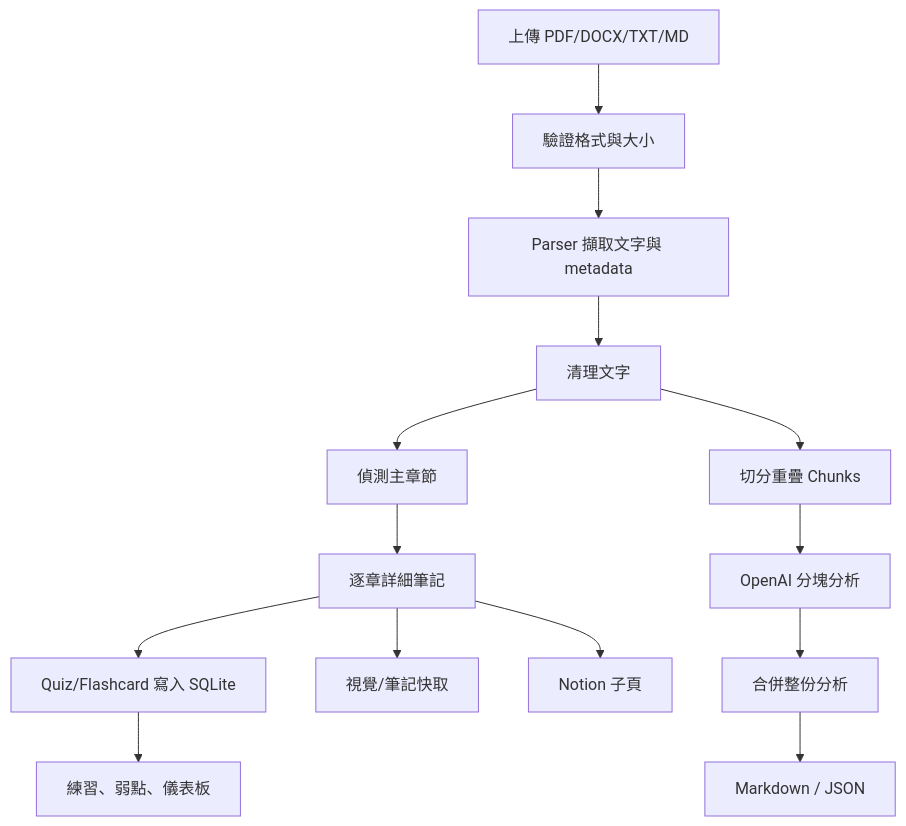
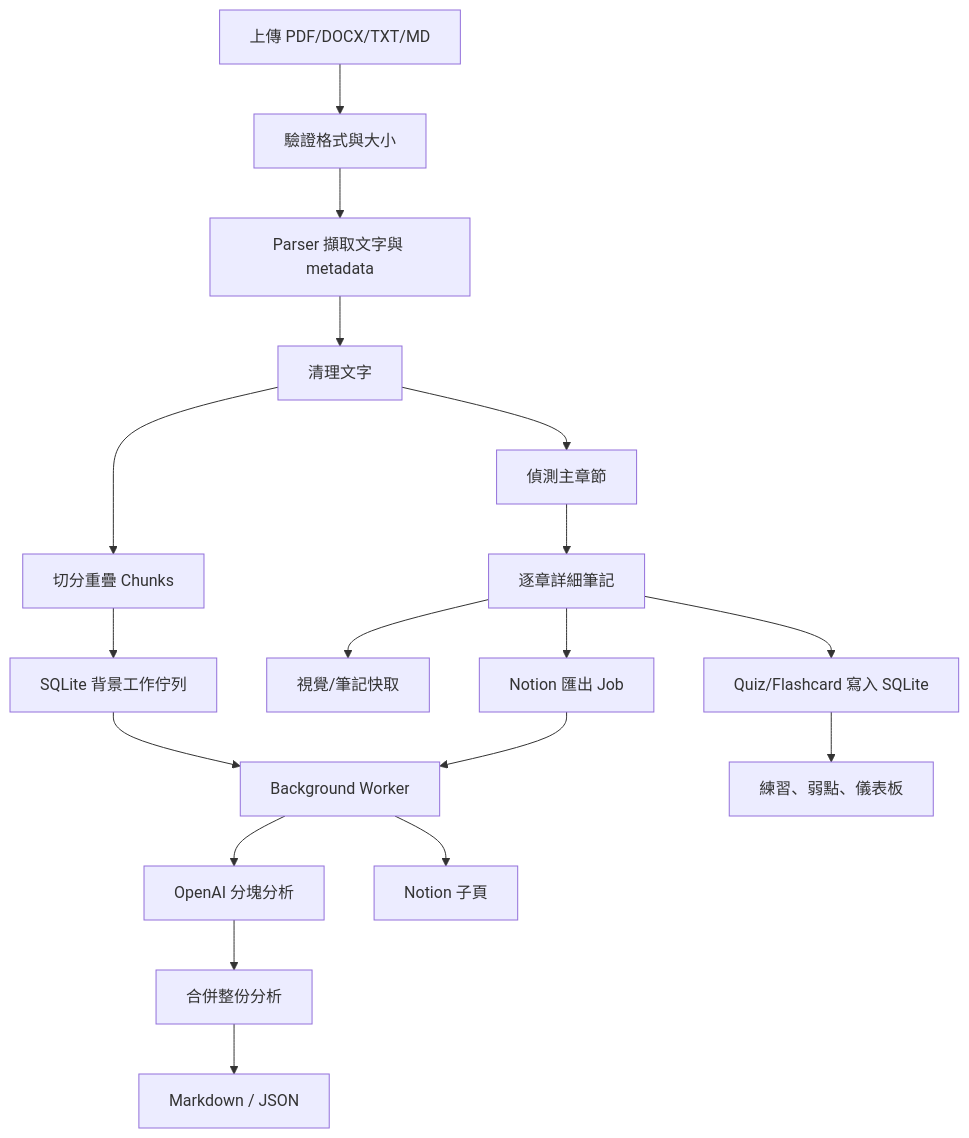
One commit to Allen1208tw/AI-notion-note-organizer changed the diagram in docs/06_data_flow.md. Above: the diagram before and after it, drawn with Mermaid. The commit also changed 35 other files, not shown here.

````diff
--- a/docs/06_data_flow.md
+++ b/docs/06_data_flow.md
@@ -5,16 +5,20 @@
 ```mermaid
 flowchart TD
     A["上傳 PDF/DOCX/TXT/MD"] --> B["驗證格式與大小"]
     B --> C["Parser 擷取文字與 metadata"]
     C --> D["清理文字"]
     D --> E["偵測主章節"]
     D --> F["切分重疊 Chunks"]
-    F --> G["OpenAI 分塊分析"]
+    F --> Q["SQLite 背景工作佇列"]
+    Q --> W["Background Worker"]
+    W --> G["OpenAI 分塊分析"]
     G --> H["合併整份分析"]
     H --> I["Markdown / JSON"]
     E --> J["逐章詳細筆記"]
     J --> K["視覺/筆記快取"]
-    J --> L["Notion 子頁"]
+    J --> Q2["Notion 匯出 Job"]
+    Q2 --> W
+    W --> L["Notion 子頁"]
     J --> M["Quiz/Flashcard 寫入 SQLite"]
     M --> N["練習、弱點、儀表板"]
 ```
````
